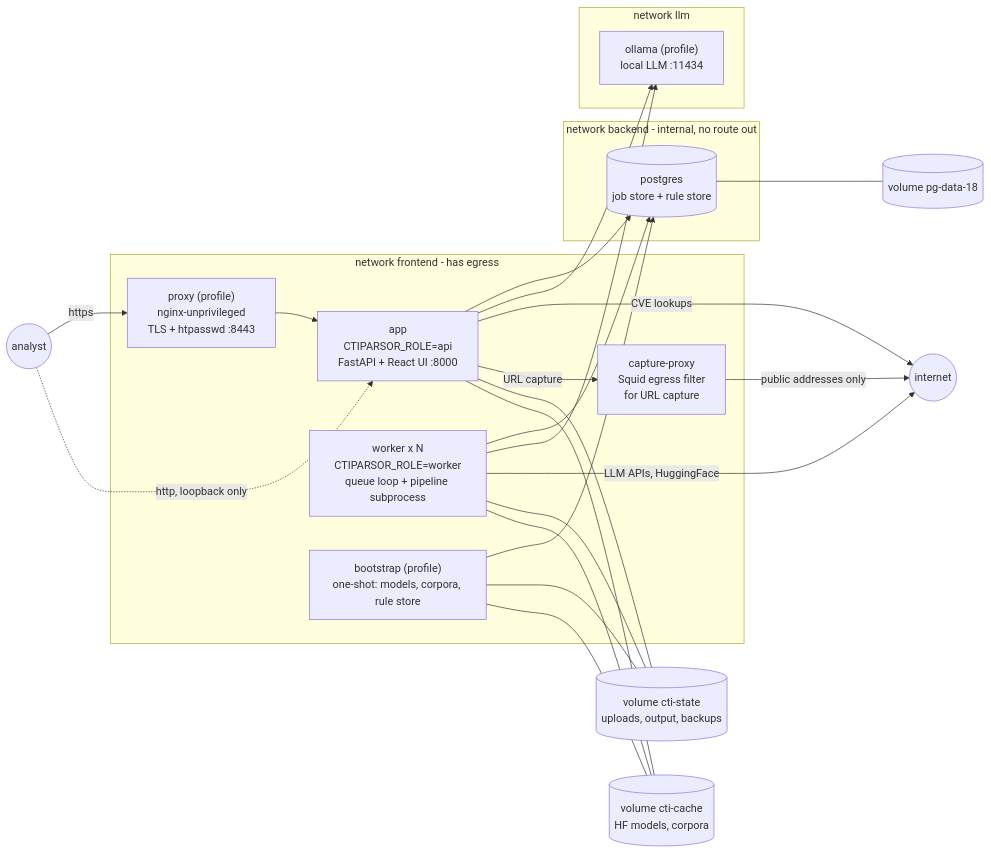
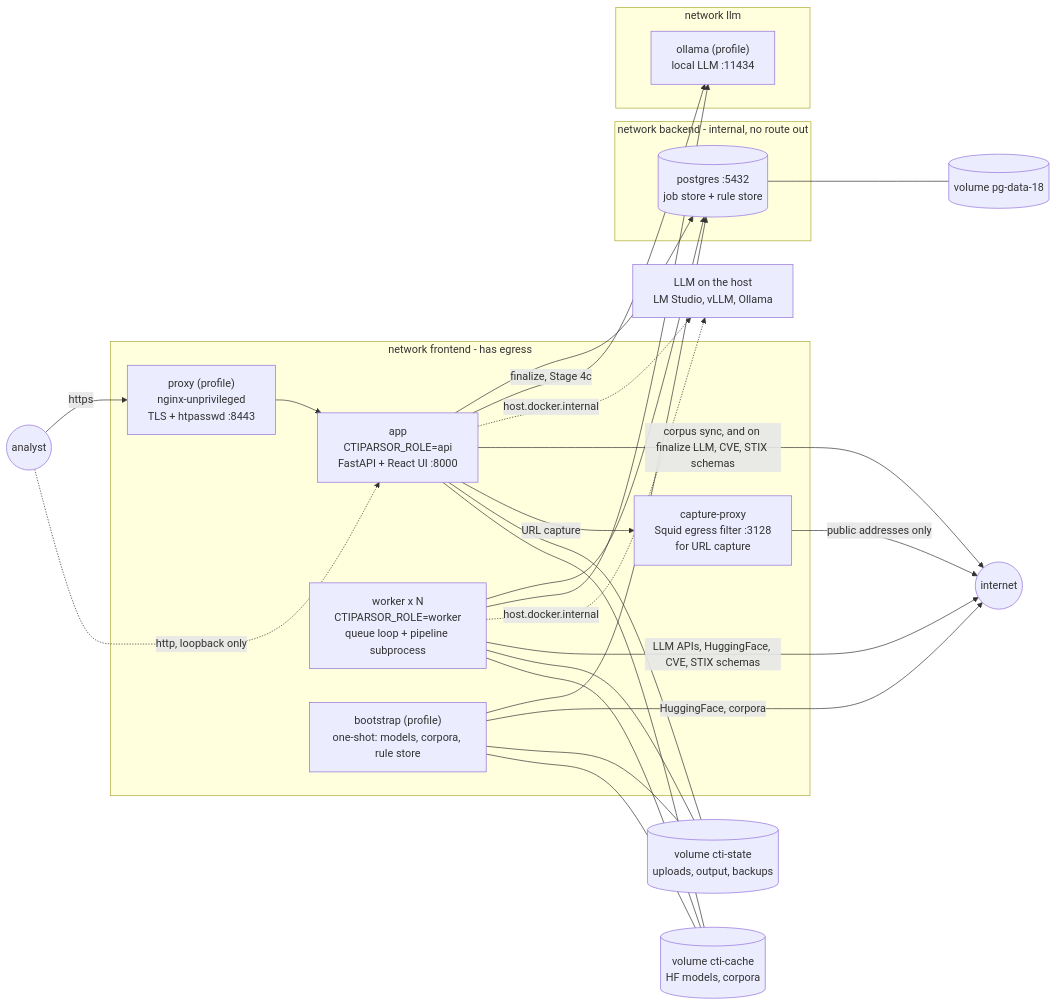
Before and after one commit to Stixaly/CTIParsor: the first of 2 diagrams in docs/architecture.md, drawn with Mermaid. The commit also changed other lines of this file and 1 other file, not shown here.

````diff
--- a/docs/architecture.md
+++ b/docs/architecture.md
@@ -36,36 +36,40 @@
 ```mermaid
 flowchart LR
     subgraph frontend [network frontend - has egress]
         proxy["proxy (profile)\nnginx-unprivileged\nTLS + htpasswd :8443"]
         app["app\nCTIPARSOR_ROLE=api\nFastAPI + React UI :8000"]
         worker["worker x N\nCTIPARSOR_ROLE=worker\nqueue loop + pipeline subprocess"]
         bootstrap["bootstrap (profile)\none-shot: models, corpora, rule store"]
-        capproxy["capture-proxy\nSquid egress filter\nfor URL capture"]
+        capproxy["capture-proxy\nSquid egress filter :3128\nfor URL capture"]
     end
     subgraph backend [network backend - internal, no route out]
-        pg[("postgres\njob store + rule store")]
+        pg[("postgres :5432\njob store + rule store")]
     end
     subgraph llm [network llm]
         ollama["ollama (profile)\nlocal LLM :11434"]
     end
     analyst((analyst)) -->|https| proxy --> app
     analyst -.->|http, loopback only| app
     app --> pg
     worker --> pg
     bootstrap --> pg
-    app --> ollama
+    app -->|finalize, Stage 4c| ollama
     worker --> ollama
-    worker -->|LLM APIs, HuggingFace| internet((internet))
-    app -->|CVE lookups| internet
+    hostllm["LLM on the host\nLM Studio, vLLM, Ollama"]
+    app -.->|host.docker.internal| hostllm
+    worker -.->|host.docker.internal| hostllm
+    worker -->|LLM APIs, HuggingFace, CVE, STIX schemas| internet((internet))
+    app -->|corpus sync, and on finalize LLM, CVE, STIX schemas| internet
+    bootstrap -->|HuggingFace, corpora| internet
     app -->|URL capture| capproxy -->|public addresses only| internet
     state[("volume cti-state\nuploads, output, backups")]
     cache[("volume cti-cache\nHF models, corpora")]
     pgdata[("volume pg-data-18")]
     app --- state
     app --- cache
     worker --- state
     worker --- cache
     bootstrap --- state
     bootstrap --- cache
     pg --- pgdata
 ```
````
